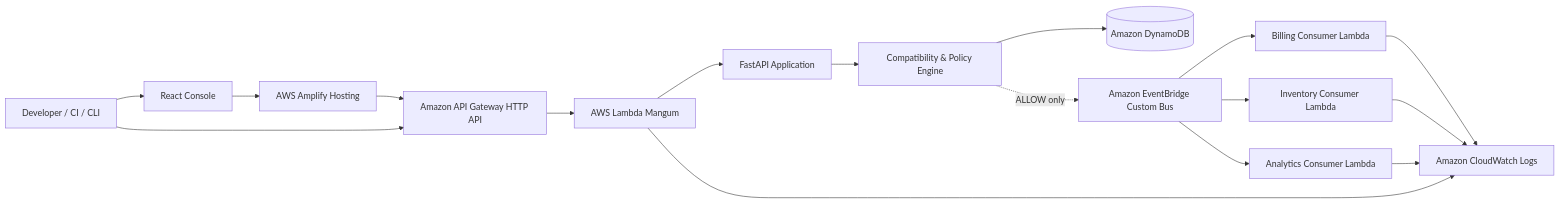
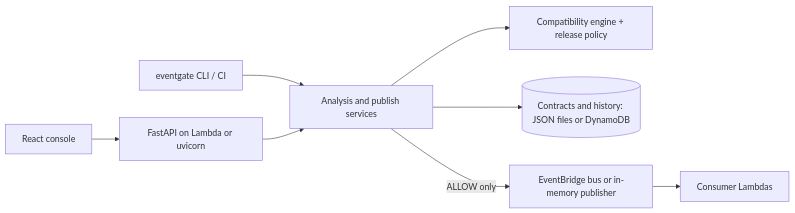
One commit to pratyushkandari/primex-eventgate changed the diagram in README.md. Above: the diagram before and after it, drawn with Mermaid. The commit also changed other lines of this file and 6 other files, not shown here.

````diff
--- a/README.md
+++ b/README.md
@@ -147,33 +42,10 @@
 ```mermaid
 flowchart LR
-    Dev[Developer / CI / CLI]
-    FE[React Console]
-    AMP[AWS Amplify Hosting]
-    APIG[Amazon API Gateway HTTP API]
-    L[AWS Lambda Mangum]
-    API[FastAPI Application]
-    EG[Compatibility & Policy Engine]
-    DDB[(Amazon DynamoDB)]
-    EB[Amazon EventBridge Custom Bus]
-    B[Billing Consumer Lambda]
-    I[Inventory Consumer Lambda]
-    A[Analytics Consumer Lambda]
-    CW[Amazon CloudWatch Logs]
-
-    Dev --> FE
-    Dev --> APIG
-    FE --> AMP
-    AMP --> APIG
-    APIG --> L
-    L --> API
-    API --> EG
-    EG --> DDB
-    EG -.->|ALLOW only| EB
-    EB --> B
-    EB --> I
-    EB --> A
-    L --> CW
-    B --> CW
-    I --> CW
-    A --> CW
+    UI[React console] --> API
+    CLI[eventgate CLI / CI] --> SVC
+    API[FastAPI on Lambda or uvicorn] --> SVC[Analysis and publish services]
+    SVC --> ENG[Compatibility engine + release policy]
+    SVC --> REPO[(Contracts and history: JSON files or DynamoDB)]
+    SVC -- ALLOW only --> BUS[EventBridge bus or in-memory publisher]
+    BUS --> C1[Consumer Lambdas]
 ```
````
